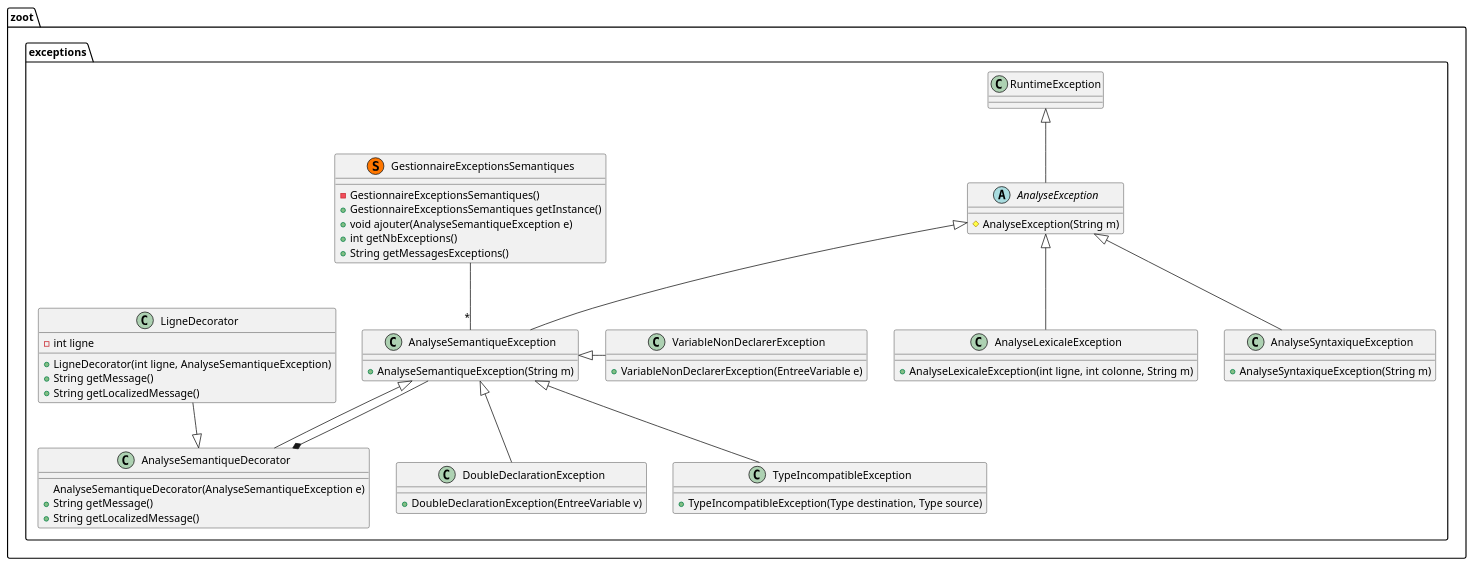
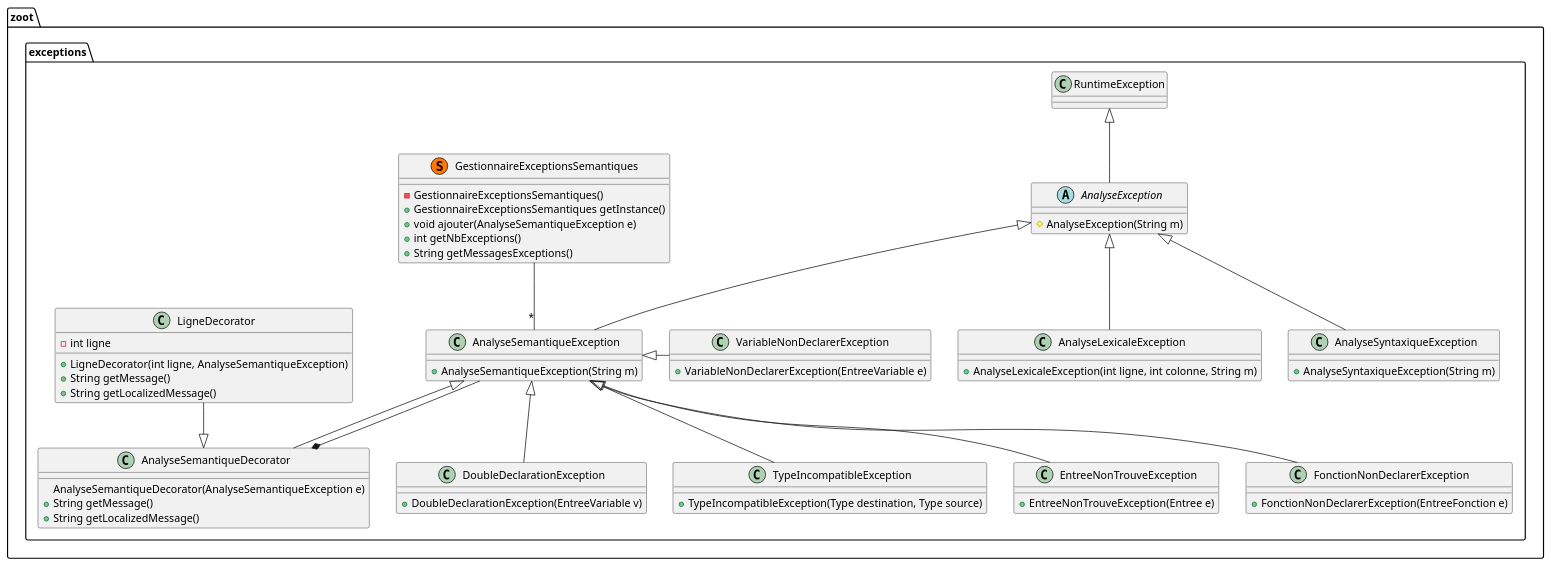
One commit to lmtb06/zoot changed the diagram in diagrammes/classe/exceptions.puml. Above: the diagram before and after it, drawn with PlantUML.

Commit message:
Modification du package exceptions du diagramme de classe.
# Détails :
 - Ajout de nouvelles classes d'exceptions sémantiques, EntreeNonTrouveException et FonctionNonDeclarerException

# Remarques :
 - EntreeNonTrouveException va remplacer VariableNonDeclarerException dans la fonction identifier de la TDS par exemple

```diff
--- a/diagrammes/classe/exceptions.puml
+++ b/diagrammes/classe/exceptions.puml
@@ -1,68 +1,78 @@
 @startuml "Package exceptions"
 
 namespace zoot.exceptions {
     ' Includes
     ' Classes
     abstract class AnalyseException {
         # AnalyseException(String m)
     }
 
     class AnalyseLexicaleException {
         + AnalyseLexicaleException(int ligne, int colonne, String m)
     }
 
     class AnalyseSyntaxiqueException {
         + AnalyseSyntaxiqueException(String m)
     }
 
     class AnalyseSemantiqueException {
         + AnalyseSemantiqueException(String m)
     }
 
     class GestionnaireExceptionsSemantiques << (S,#FF7700) >> {
         - GestionnaireExceptionsSemantiques()
         + GestionnaireExceptionsSemantiques getInstance()
         + void ajouter(AnalyseSemantiqueException e)
         + int getNbExceptions()
         + String getMessagesExceptions()
     }
 
     class AnalyseSemantiqueDecorator {
         AnalyseSemantiqueDecorator(AnalyseSemantiqueException e)
         + String getMessage()
         + String getLocalizedMessage()
     }
 
     class DoubleDeclarationException {
         + DoubleDeclarationException(EntreeVariable v)
     }
 
     class TypeIncompatibleException {
         + TypeIncompatibleException(Type destination, Type source)
     }
 
+    class EntreeNonTrouveException {
+        + EntreeNonTrouveException(Entree e)
+    }
+
     class VariableNonDeclarerException {
         + VariableNonDeclarerException(EntreeVariable e)
+    }
+
+    class FonctionNonDeclarerException {
+        + FonctionNonDeclarerException(EntreeFonction e)
     }
 
     class LigneDecorator {
         - int ligne
         + LigneDecorator(int ligne, AnalyseSemantiqueException)
         + String getMessage()
         + String getLocalizedMessage()
     }
 
     ' Relations entre les classes
     AnalyseException -up-|> RuntimeException
     AnalyseLexicaleException -up-|> AnalyseException
     AnalyseSyntaxiqueException -up-|> AnalyseException
     AnalyseSemantiqueException -up-|> AnalyseException
     AnalyseSemantiqueDecorator -up-|> AnalyseSemantiqueException
     AnalyseSemantiqueDecorator *-- AnalyseSemantiqueException
     DoubleDeclarationException -up-|> AnalyseSemantiqueException
     TypeIncompatibleException -up-|> AnalyseSemantiqueException
     VariableNonDeclarerException -left-|> AnalyseSemantiqueException
+    FonctionNonDeclarerException -up-|> AnalyseSemantiqueException
+    EntreeNonTrouveException -up-|> AnalyseSemantiqueException
     LigneDecorator --|> AnalyseSemantiqueDecorator
     GestionnaireExceptionsSemantiques -down-"*" AnalyseSemantiqueException
 }
 @enduml
```
